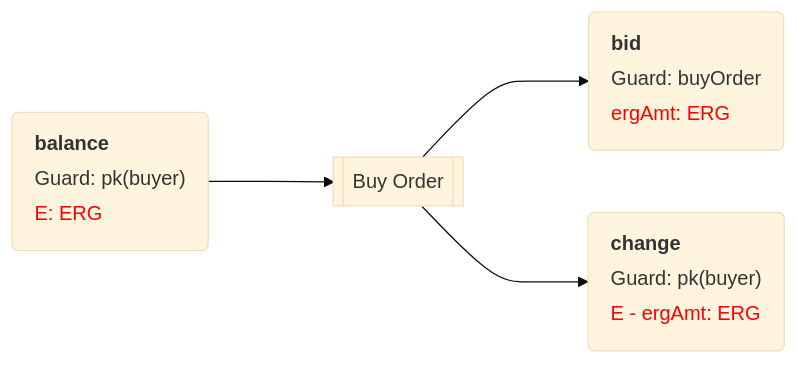
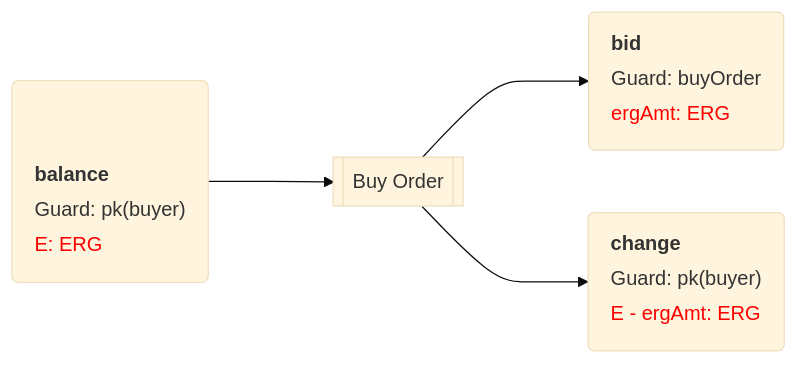
The second of 3 diagrams in ergoscript/example-contracts/dex-flowcard.md (RalfWeiss/ergo-course-summary), drawn with Mermaid (base theme) before and after one commit.

Commit message:
margin-top correction ?

````diff
--- a/ergoscript/example-contracts/dex-flowcard.md
+++ b/ergoscript/example-contracts/dex-flowcard.md
@@ -61,33 +61,34 @@
 ```mermaid
 flowchart LR
 
   %% adjust margin-top: lines = 5; margin-top -12ex --> (lines-1) * 3 ex
-  balance("<table style='text-align:left; margin-top: -12ex; margin-bottom: 0;' > 
+  %% balance("<table style='text-align:left; margin-top: -12ex; margin-bottom: 0;' > 
+  balance("<table style='text-align:left; margin-top: -6ex; margin-bottom: 0;' > 
     <tr><th '><b>balance</b></th></tr> 
     <tr><td >Guard: pk(buyer)</td></tr> 
     <tr><td style='color:red'>E: ERG</td></tr> 
     </table>  ")
 
   %% adjust margin-top: lines = 5; margin-top -12ex --> (lines-1) * 3 ex
   change("<table style='text-align:left; margin-top: -12ex; margin-bottom: 0;' > 
     <tr><th '><b>change</b></th></tr> 
     <tr><td >Guard: pk(buyer)</td></tr> 
     <tr><td style='color:red'>E - ergAmt: ERG</td></tr> 
     </table>  ")
 
 
   TBo[["Buy Order"]]
 
 
   %% adjust margin-top: lines = 5; margin-top -12ex --> (lines-1) * 3 ex
   bid("<table style='text-align:left; margin-top: -12ex; margin-bottom: 0;' > 
     <tr><th '><b>bid</b></th></tr> 
     <tr><td >Guard: buyOrder</td></tr> 
     <tr><td style='color:red'>ergAmt: ERG</td></tr> 
     </table>  ")
 
   balance ---> TBo
   TBo ---> bid
   TBo ---> change
 
 ```
````
